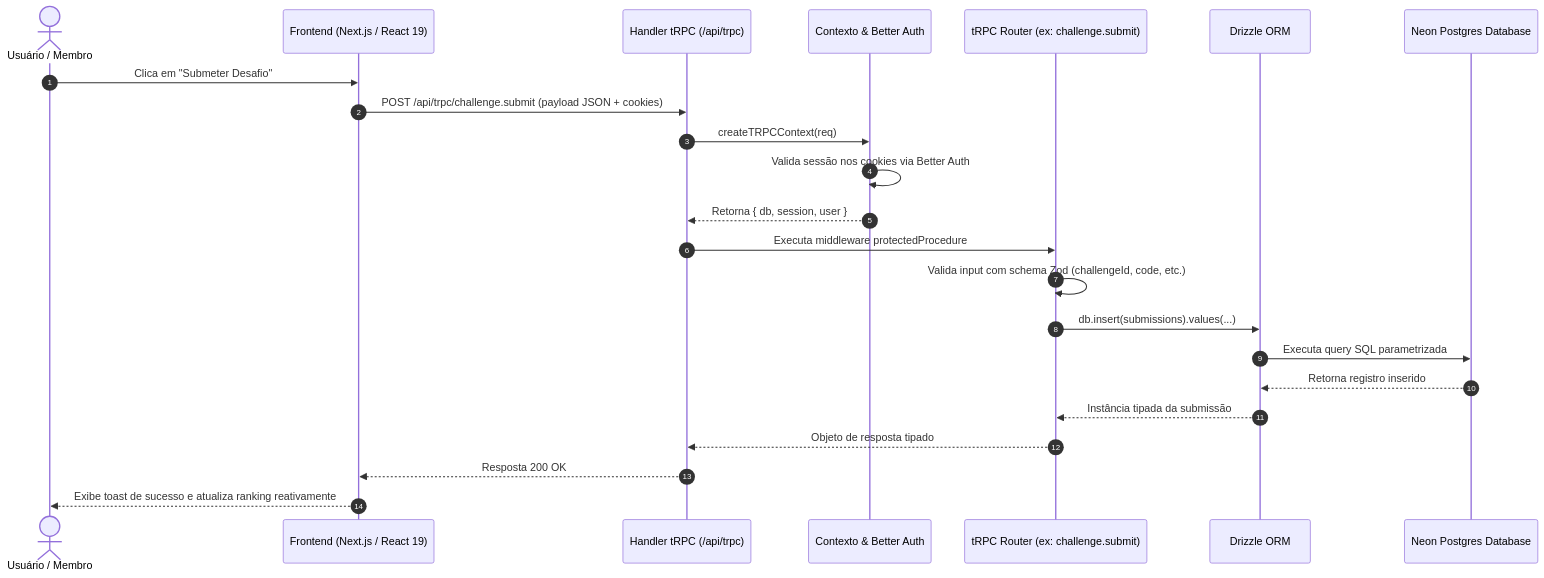
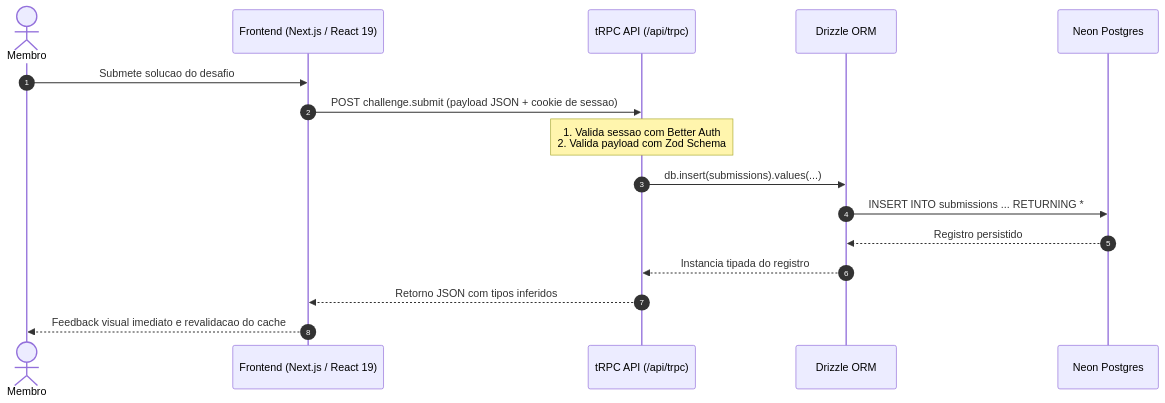
The diagram in apps/docs/src/content/docs/arquitetura/fluxo-de-dados.md (Orcestra-Trilhas/orcestra-desafios), drawn with Mermaid before and after one commit. The commit also changed other lines of this file and 11 other files, not shown here.

Commit message:
docs: reformula documentacao, adiciona temas oficiais e remove emojis de diagramas

````diff
--- a/apps/docs/src/content/docs/arquitetura/fluxo-de-dados.md
+++ b/apps/docs/src/content/docs/arquitetura/fluxo-de-dados.md
@@ -12,26 +14,19 @@
 ```mermaid
 sequenceDiagram
     autonumber
-    actor User as Usuário / Membro
-    participant Client as Frontend (Next.js / React 19)
-    participant TRPCHandler as Handler tRPC (/api/trpc)
-    participant AuthContext as Contexto & Better Auth
-    participant Router as tRPC Router (ex: challenge.submit)
+    actor Membro as Membro
+    participant Web as Frontend (Next.js / React 19)
+    participant API as tRPC API (/api/trpc)
     participant DB as Drizzle ORM
-    participant Postgres as Neon Postgres Database
+    participant Postgres as Neon Postgres
 
-    User->>Client: Clica em "Submeter Desafio"
-    Client->>TRPCHandler: POST /api/trpc/challenge.submit (payload JSON + cookies)
-    TRPCHandler->>AuthContext: createTRPCContext(req)
-    AuthContext->>AuthContext: Valida sessão nos cookies via Better Auth
-    AuthContext-->>TRPCHandler: Retorna { db, session, user }
-    TRPCHandler->>Router: Executa middleware protectedProcedure
-    Router->>Router: Valida input com schema Zod (challengeId, code, etc.)
-    Router->>DB: db.insert(submissions).values(...)
-    DB->>Postgres: Executa query SQL parametrizada
-    Postgres-->>DB: Retorna registro inserido
-    DB-->>Router: Instância tipada da submissão
-    Router-->>TRPCHandler: Objeto de resposta tipado
-    TRPCHandler-->>Client: Resposta 200 OK
-    Client-->>User: Exibe toast de sucesso e atualiza ranking reativamente
+    Membro->>Web: Submete solucao do desafio
+    Web->>API: POST challenge.submit (payload JSON + cookie de sessao)
+    Note over API: 1. Valida sessao com Better Auth<br/>2. Valida payload com Zod Schema
+    API->>DB: db.insert(submissions).values(...)
+    DB->>Postgres: INSERT INTO submissions ... RETURNING *
+    Postgres-->>DB: Registro persistido
+    DB-->>API: Instancia tipada do registro
+    API-->>Web: Retorno JSON com tipos inferidos
+    Web-->>Membro: Feedback visual imediato e revalidacao do cache
 ```
````
